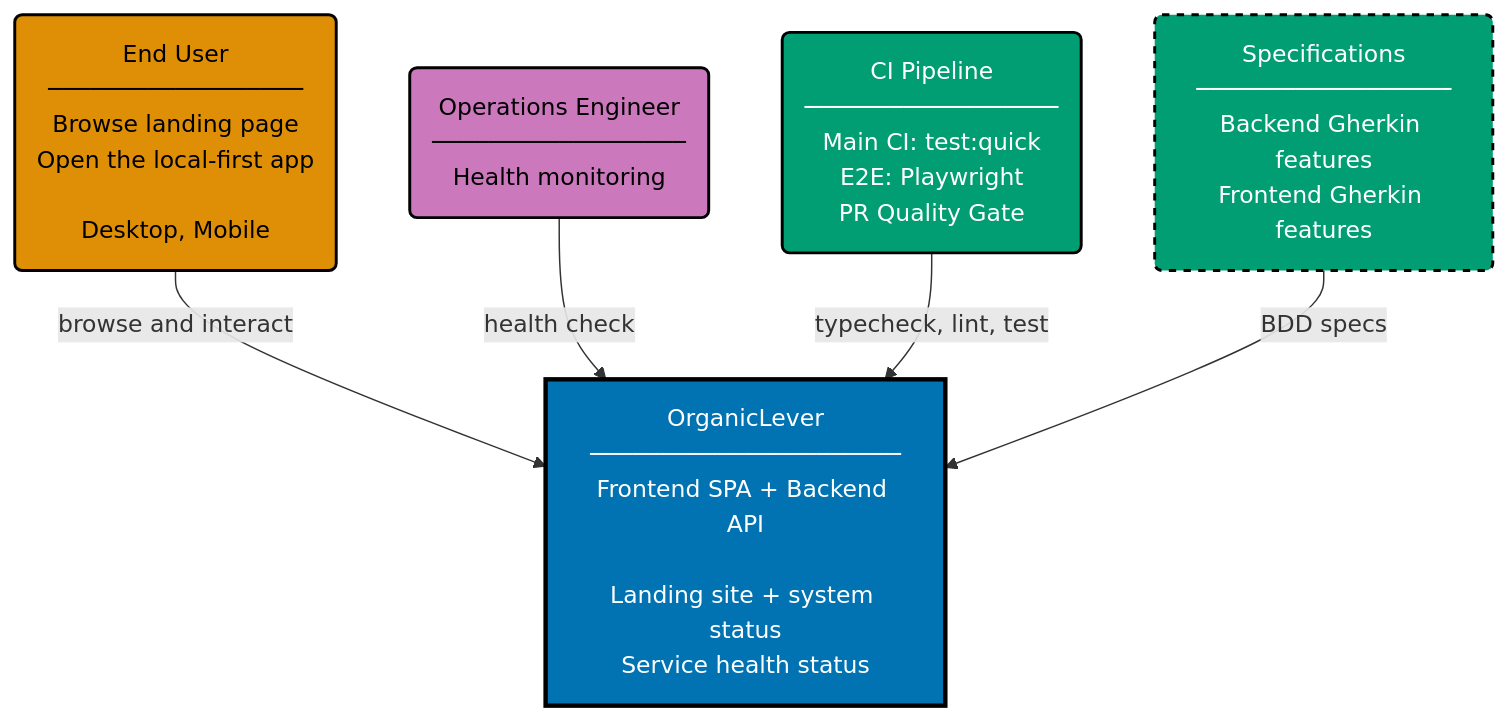
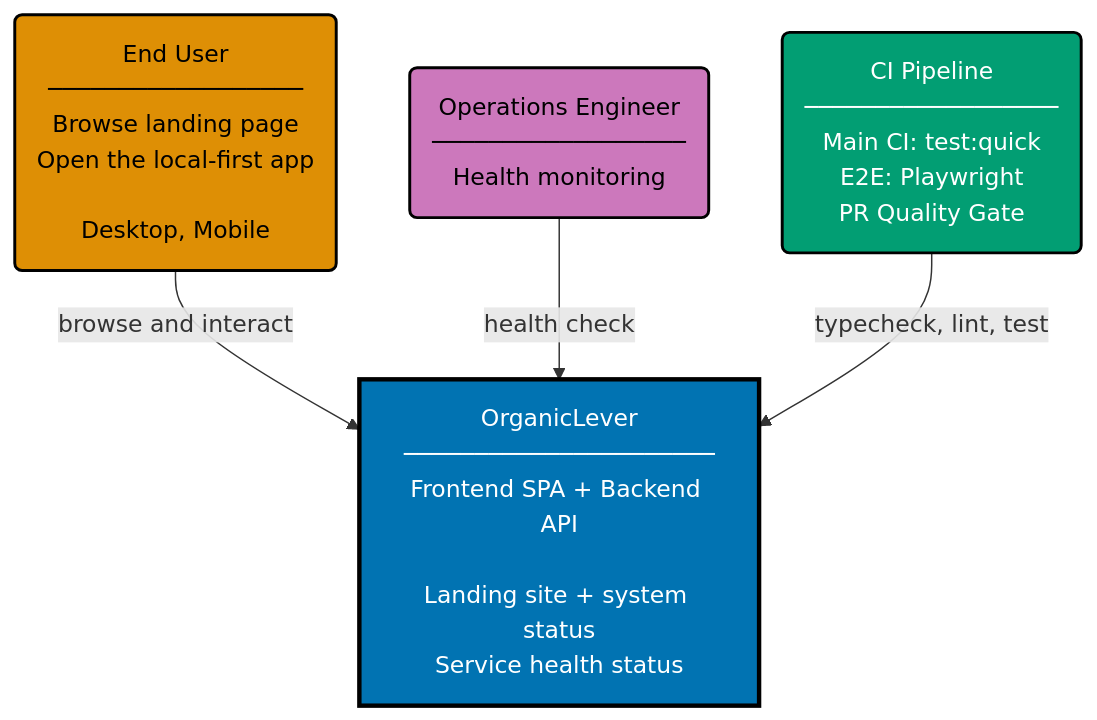
Before and after one commit to wahidyankf/open-sharia-enterprise: the diagram in specs/apps/organiclever/c4/context.md, drawn with Mermaid. The commit also changed other lines of this file and 1 other file, not shown here.

Commit message:
fix(organiclever-c4): satisfy mermaid validator on context + container
The mermaid validator (rhino-cli docs validate-mermaid) caps rank width
at 4 nodes and label length at 30 chars. The post-strip diagrams
exceeded both:

- context.md had 5 actors at one rank (EU + OPS + SYSTEM + CI + SPEC)
- container.md had 8 nodes at one rank and BE_GHERKIN / FE_GHERKIN
  labels at 35 chars

context.md: drop the SPEC actor (specs are not a system actor —
they're documentation feeding the CI gate). A trailing paragraph now
explains where the spec wiring lives.

container.md: drop SPECS and CICD subgraphs from the diagram and move
their narrative into a new "Specifications and CI Pipelines" section.
The diagram now models only the two runtime containers + two actors,
which is the C4 container-level intent anyway.

````diff
--- a/specs/apps/organiclever/c4/context.md
+++ b/specs/apps/organiclever/c4/context.md
@@ -7,24 +7,20 @@
 ```mermaid
 %% Color Palette: Blue #0173B2 | Orange #DE8F05 | Teal #029E73 | Purple #CC78BC | Brown #CA9161 | Gray #808080
 graph TD
     EU("End User<br/>──────────────────<br/>Browse landing page<br/>Open the local-first app<br/><br/>Desktop, Mobile"):::actor
 
     OPS("Operations Engineer<br/>──────────────────<br/>Health monitoring"):::actor_ops
 
     SYSTEM["OrganicLever<br/>──────────────────────<br/>Frontend SPA + Backend API<br/><br/>Landing site + system status<br/>Service health status"]:::system
 
     CI("CI Pipeline<br/>──────────────────<br/>Main CI: test:quick<br/>E2E: Playwright<br/>PR Quality Gate"):::ci
 
-    SPEC("Specifications<br/>──────────────────<br/>Backend Gherkin features<br/>Frontend Gherkin features"):::spec
-
     EU -->|"browse and interact"| SYSTEM
     OPS -->|"health check"| SYSTEM
     CI -->|"typecheck, lint, test"| SYSTEM
-    SPEC -->|"BDD specs"| SYSTEM
 
     classDef actor fill:#DE8F05,stroke:#000000,color:#000000,stroke-width:2px
     classDef actor_ops fill:#CC78BC,stroke:#000000,color:#000000,stroke-width:2px
     classDef system fill:#0173B2,stroke:#000000,color:#FFFFFF,stroke-width:3px
     classDef ci fill:#029E73,stroke:#000000,color:#FFFFFF,stroke-width:2px
-    classDef spec fill:#029E73,stroke:#000000,color:#FFFFFF,stroke-width:2px,stroke-dasharray:5 5
 ```
````
